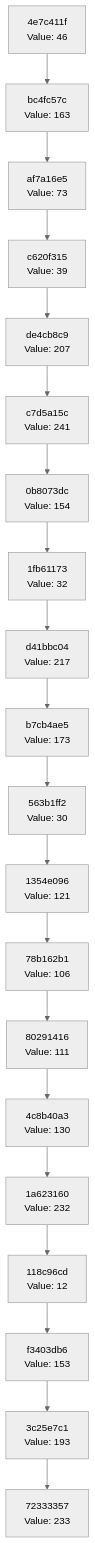
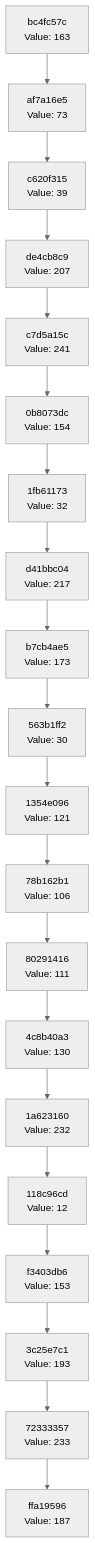
The diagram in docs/CHAIN_VISUALIZATION.md (Abhisheksinha1506/hash-chain-evolver), drawn with Mermaid (neutral theme) before and after one commit. The commit also changed 2 other files, not shown here.

Commit message:
Evolution Step

````diff
--- a/docs/CHAIN_VISUALIZATION.md
+++ b/docs/CHAIN_VISUALIZATION.md
@@ -3,42 +3,42 @@
 ```mermaid
 graph TD
-    C0["72333357<br/>Value: 233"]
-    C1["3c25e7c1<br/>Value: 193"]
+    C0["ffa19596<br/>Value: 187"]
+    C1["72333357<br/>Value: 233"]
     C1 --> C0
-    C2["f3403db6<br/>Value: 153"]
+    C2["3c25e7c1<br/>Value: 193"]
     C2 --> C1
-    C3["118c96cd<br/>Value: 12"]
+    C3["f3403db6<br/>Value: 153"]
     C3 --> C2
-    C4["1a623160<br/>Value: 232"]
+    C4["118c96cd<br/>Value: 12"]
     C4 --> C3
-    C5["4c8b40a3<br/>Value: 130"]
+    C5["1a623160<br/>Value: 232"]
     C5 --> C4
-    C6["80291416<br/>Value: 111"]
+    C6["4c8b40a3<br/>Value: 130"]
     C6 --> C5
-    C7["78b162b1<br/>Value: 106"]
+    C7["80291416<br/>Value: 111"]
     C7 --> C6
-    C8["1354e096<br/>Value: 121"]
+    C8["78b162b1<br/>Value: 106"]
     C8 --> C7
-    C9["563b1ff2<br/>Value: 30"]
+    C9["1354e096<br/>Value: 121"]
     C9 --> C8
-    C10["b7cb4ae5<br/>Value: 173"]
+    C10["563b1ff2<br/>Value: 30"]
     C10 --> C9
-    C11["d41bbc04<br/>Value: 217"]
+    C11["b7cb4ae5<br/>Value: 173"]
     C11 --> C10
-    C12["1fb61173<br/>Value: 32"]
+    C12["d41bbc04<br/>Value: 217"]
     C12 --> C11
-    C13["0b8073dc<br/>Value: 154"]
+    C13["1fb61173<br/>Value: 32"]
     C13 --> C12
-    C14["c7d5a15c<br/>Value: 241"]
+    C14["0b8073dc<br/>Value: 154"]
     C14 --> C13
-    C15["de4cb8c9<br/>Value: 207"]
+    C15["c7d5a15c<br/>Value: 241"]
     C15 --> C14
-    C16["c620f315<br/>Value: 39"]
+    C16["de4cb8c9<br/>Value: 207"]
     C16 --> C15
-    C17["af7a16e5<br/>Value: 73"]
+    C17["c620f315<br/>Value: 39"]
     C17 --> C16
-    C18["bc4fc57c<br/>Value: 163"]
+    C18["af7a16e5<br/>Value: 73"]
     C18 --> C17
-    C19["4e7c411f<br/>Value: 46"]
+    C19["bc4fc57c<br/>Value: 163"]
     C19 --> C18
 ```
````
